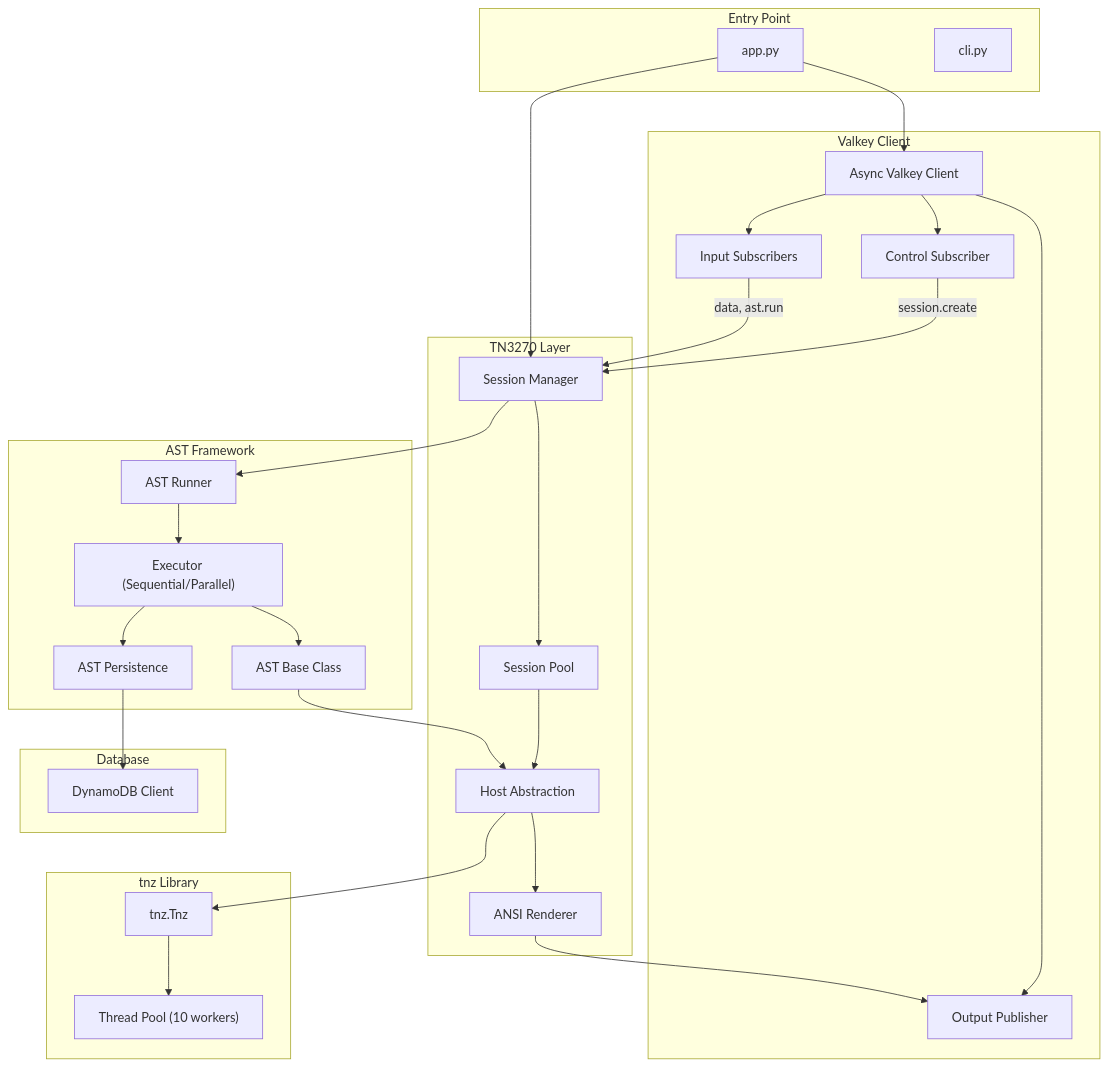
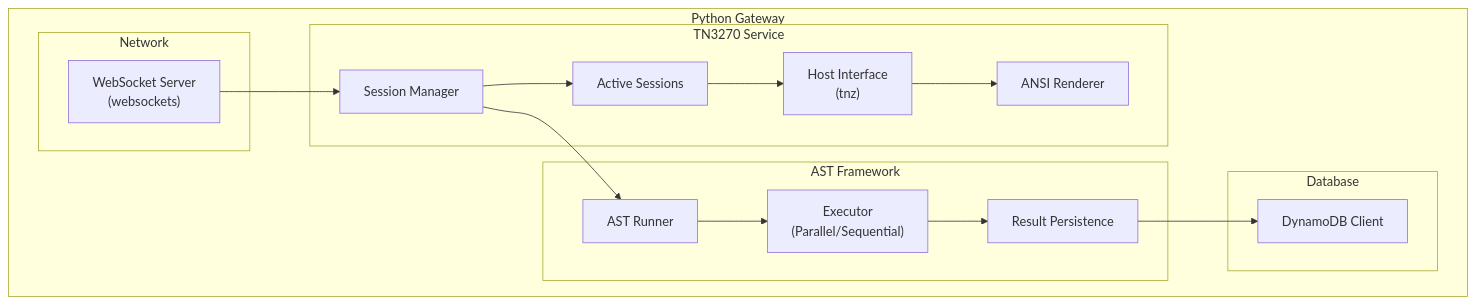
The fourth of 13 diagrams in docs/diagrams.md (gurungabit/iast), drawn with Mermaid before and after one commit. The commit also changed other lines of this file and 33 other files, not shown here.

First line of the commit message:
refactor: AST forms, state persistence, session expiry handling, docs update

````diff
--- a/docs/diagrams.md
+++ b/docs/diagrams.md
@@ -233,51 +146,35 @@
 ```mermaid
 flowchart TB
-    subgraph Entry["Entry Point"]
-        App["app.py"]
-        CLI["cli.py"]
+    subgraph Gateway["Python Gateway"]
+        subgraph Network
+            WSServer["WebSocket Server<br>(websockets)"]
+        end
+        
+        subgraph TN3270Service["TN3270 Service"]
+            Manager["Session Manager"]
+            Sessions["Active Sessions"]
+            Host["Host Interface<br>(tnz)"]
+            Renderer["ANSI Renderer"]
+        end
+        
+        subgraph AST["AST Framework"]
+            Runner["AST Runner"]
+            Executor["Executor<br>(Parallel/Sequential)"]
+            Persistence["Result Persistence"]
+        end
+        
+        subgraph Database
+            DDB["DynamoDB Client"]
+        end
     end
-
-    subgraph Valkey["Valkey Client"]
-        ValkeyAsync["Async Valkey Client"]
-        ControlSub["Control Subscriber"]
-        InputSub["Input Subscribers"]
-        OutputPub["Output Publisher"]
-    end
-
-    subgraph TN3270["TN3270 Layer"]
-        Manager["Session Manager"]
-        Sessions["Session Pool"]
-        Host["Host Abstraction"]
-        Renderer["ANSI Renderer"]
-    end
-
-    subgraph TNZ["tnz Library"]
-        TNZCore["tnz.Tnz"]
-        ThreadPool["Thread Pool (10 workers)"]
-    end
-
-    subgraph AST["AST Framework"]
-        ASTBase["AST Base Class"]
-        Executor["Executor (Sequential/Parallel)"]
-        Runner["AST Runner"]
-        Persistence["AST Persistence"]
-    end
-
-    subgraph DB["Database"]
-        DynamoDB["DynamoDB Client"]
-    end
-
-    App --> ValkeyAsync & Manager
-    ValkeyAsync --> ControlSub & InputSub & OutputPub
     
-    ControlSub -->|"session.create"| Manager
-    InputSub -->|"data, ast.run"| Manager
+    WSServer --> Manager
     Manager --> Sessions
-    Sessions --> Host --> TNZCore
-    TNZCore --> ThreadPool
-    Host --> Renderer --> OutputPub
+    Sessions --> Host
+    Host --> Renderer
     
-    Manager --> Runner --> Executor --> ASTBase
-    ASTBase --> Host
-    Executor --> Persistence --> DynamoDB
+    Manager --> Runner
+    Runner --> Executor
+    Executor --> Persistence
+    Persistence --> DDB
 ```
````
